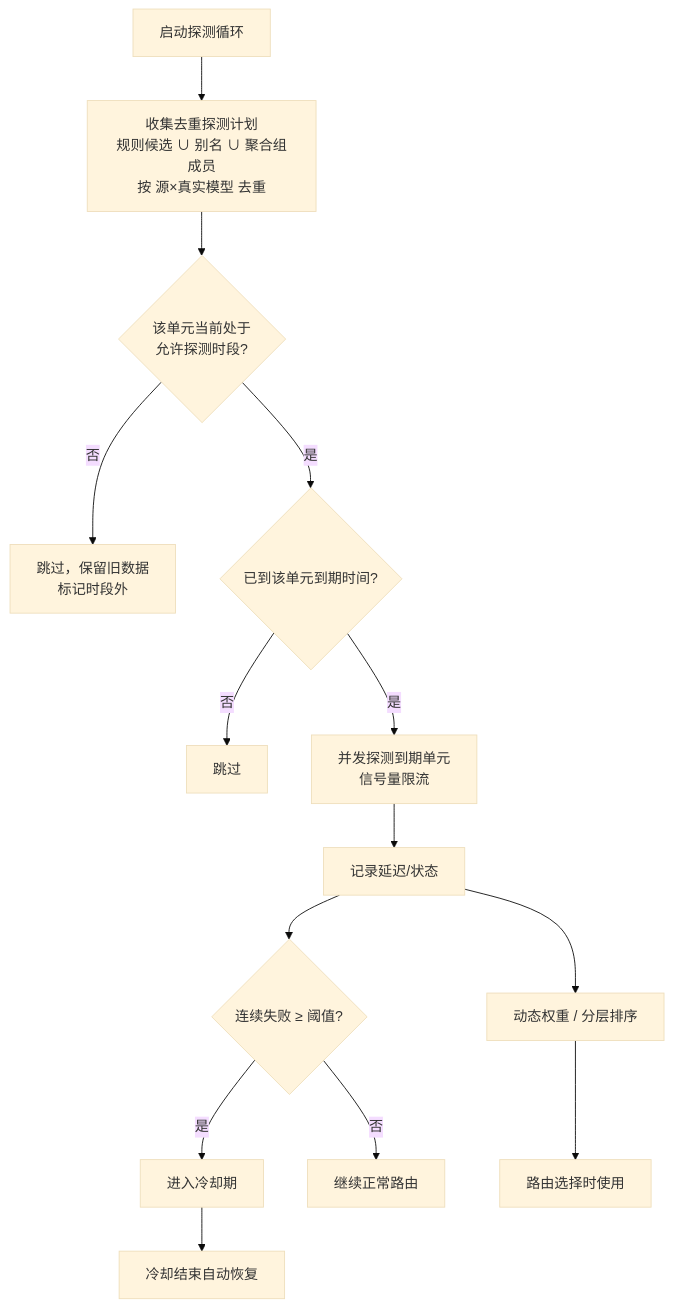
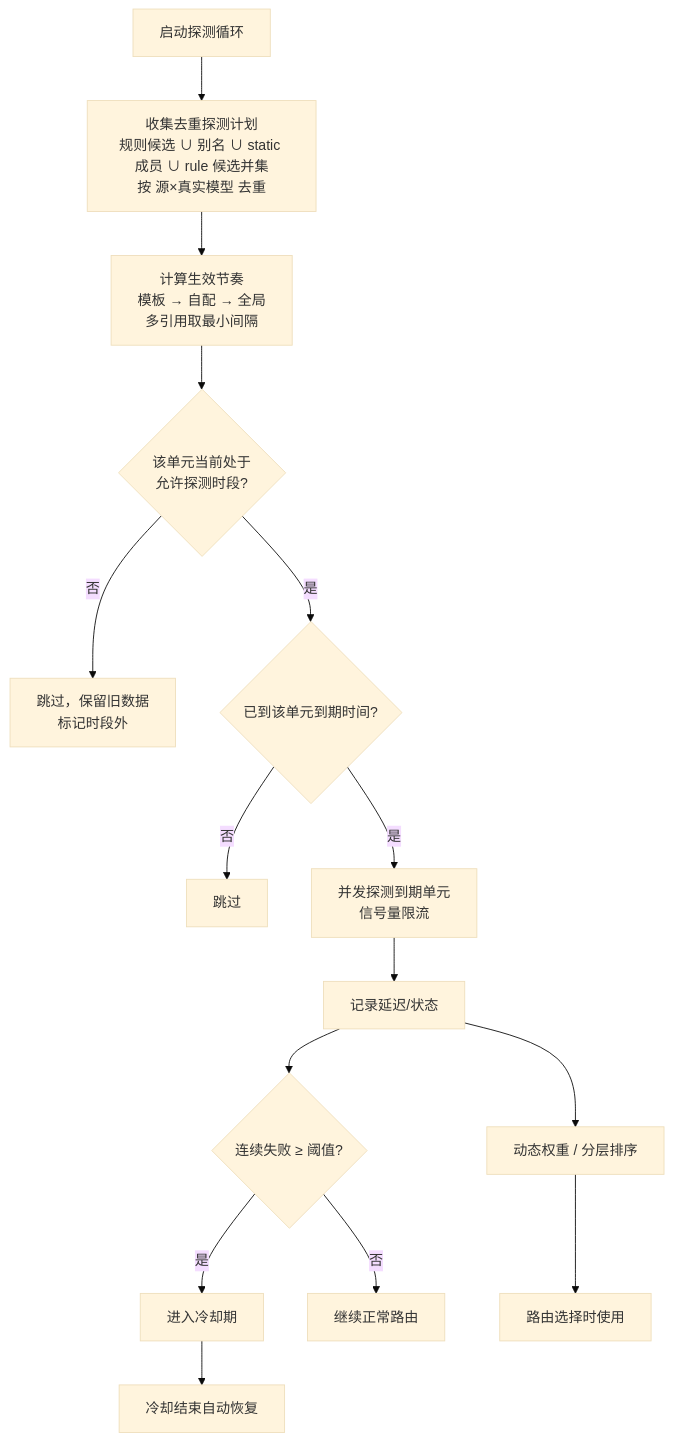
One commit to 66wjz/smart_router changed the third of 6 diagrams in docs/架构设计.md. Above: the diagram before and after it, drawn with Mermaid (base theme). The commit also changed other lines of this file and 39 other files, not shown here.

First line of the commit message:
CH-023: 聚合模型统一（static/rule）+ 探测模板 + 探测排班表

````diff
--- a/docs/架构设计.md
+++ b/docs/架构设计.md
@@ -269,16 +273,17 @@
 ```mermaid
 flowchart TD
-    A[启动探测循环] --> P1[收集去重探测计划<br/>规则候选 ∪ 别名 ∪ 聚合组成员<br/>按 源×真实模型 去重]
-    P1 --> P2{该单元当前处于<br/>允许探测时段?}
+    A[启动探测循环] --> P1[收集去重探测计划<br/>规则候选 ∪ 别名 ∪ static 成员 ∪ rule 候选并集<br/>按 源×真实模型 去重]
+    P1 --> P0[计算生效节奏<br/>模板 → 自配 → 全局<br/>多引用取最小间隔]
+    P0 --> P2{该单元当前处于<br/>允许探测时段?}
     P2 -- 否 --> P3[跳过，保留旧数据<br/>标记时段外]
     P2 -- 是 --> P4{已到该单元到期时间?}
     P4 -- 否 --> P5[跳过]
     P4 -- 是 --> B[并发探测到期单元<br/>信号量限流]
     B --> C[记录延迟/状态]
     C --> D{连续失败 ≥ 阈值?}
     D -- 是 --> E[进入冷却期]
     E --> F[冷却结束自动恢复]
     D -- 否 --> G[继续正常路由]
     C --> H[动态权重 / 分层排序]
     H --> I[路由选择时使用]
 ```
````
